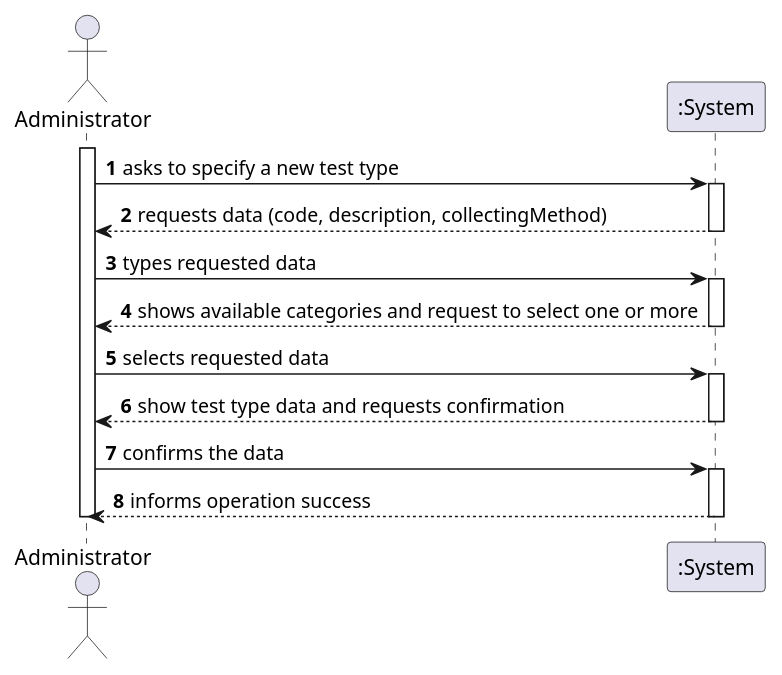
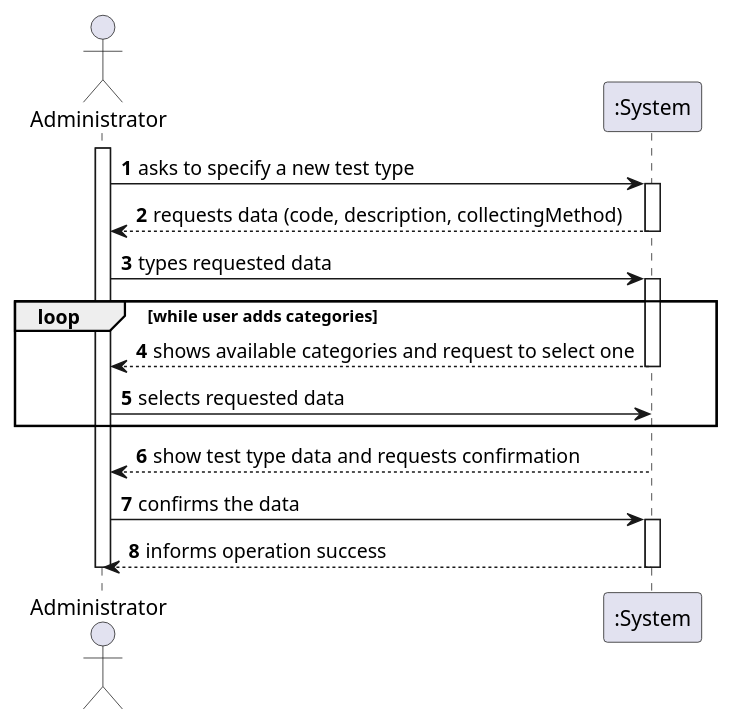
Before and after one commit to ana-albergaria/LAPR2-ISEP: the diagram in docs/SprintB/US_9/US9_SSD.puml, drawn with PlantUML. The commit also changed 13 other files, not shown here.

```diff
--- a/docs/SprintB/US_9/US9_SSD.puml
+++ b/docs/SprintB/US_9/US9_SSD.puml
@@ -1,25 +1,27 @@
 @startuml
 autonumber
 actor Administrator as A
 
 activate A
 A -> ":System" : asks to specify a new test type
 activate ":System"
 ":System" --> A : requests data (code, description, collectingMethod)
 deactivate ":System"
 A -> ":System" : types requested data
+loop while user adds categories
 activate ":System"
-":System" --> A : shows available categories and request to select one or more
+":System" --> A : shows available categories and request to select one
 deactivate ":System"
 A -> ":System" : selects requested data
+end
 activate ":System"
 ":System" --> A : show test type data and requests confirmation
 deactivate ":System"
 A -> ":System" : confirms the data
 activate ":System"
 ":System" --> A : informs operation success
 deactivate ":System"
 
 deactivate A
 
 @enduml
```
